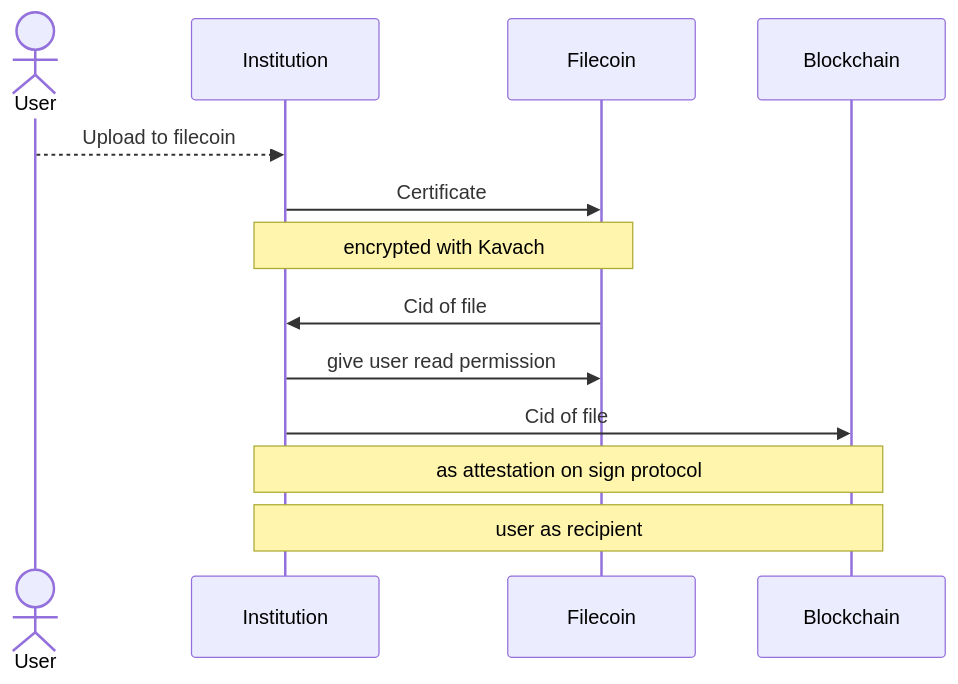
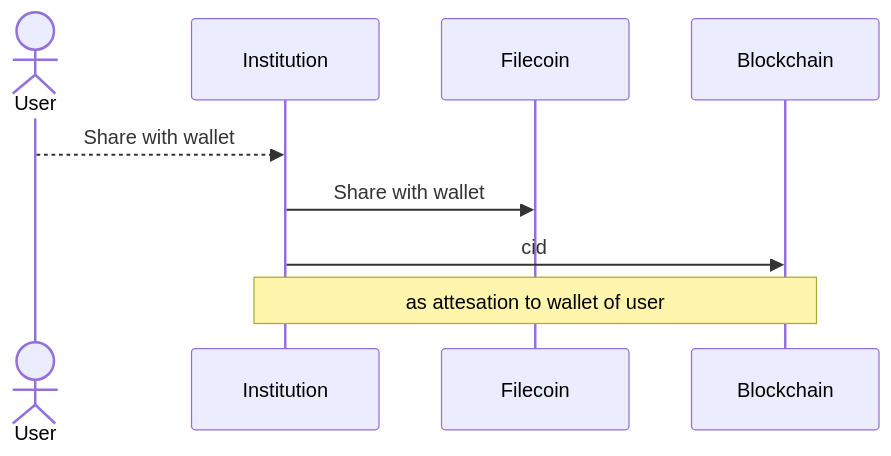
The fourth of 5 diagrams in README.md (Bluegales/certificates), drawn with Mermaid before and after one commit. The commit also changed other lines of this file, not shown here.

````diff
--- a/README.md
+++ b/README.md
@@ -65,15 +89,11 @@
 ```mermaid
 sequenceDiagram
     actor User
     participant Institution
     participant Filecoin
     participant Blockchain
-    User-->>Institution: Upload to filecoin
-    Institution->>Filecoin: Certificate
-    Note over Institution,Filecoin: encrypted with Kavach
-    Filecoin->>Institution: Cid of file
-    Institution->>Filecoin: give user read permission
-    Institution->>Blockchain: Cid of file
-    Note over Institution,Blockchain: as attestation on sign protocol
-    Note over Institution,Blockchain: user as recipient
+    User-->>Institution: Share with wallet
+    Institution->>Filecoin: Share with wallet
+    Institution->>Blockchain: cid 
+    Note over Institution,Blockchain: as attesation to wallet of user
 ```
````
